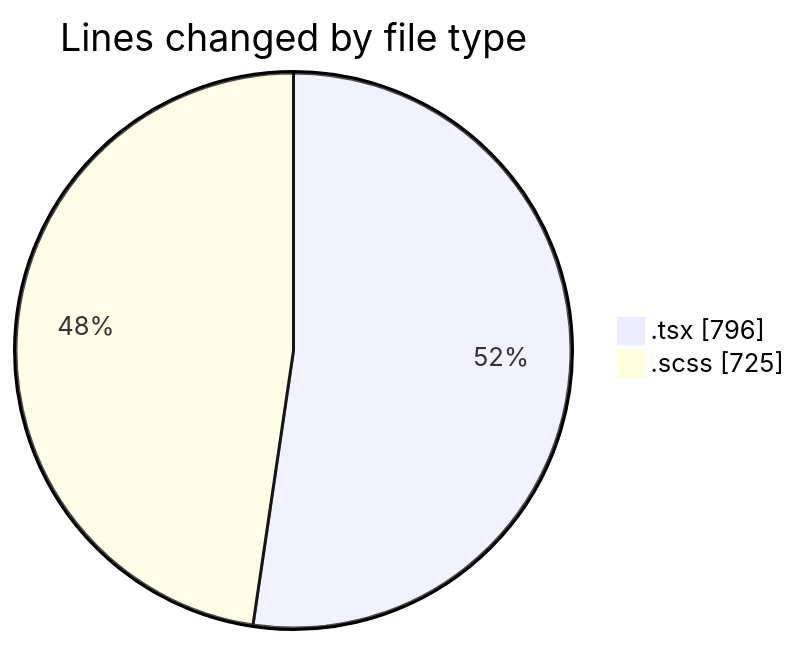
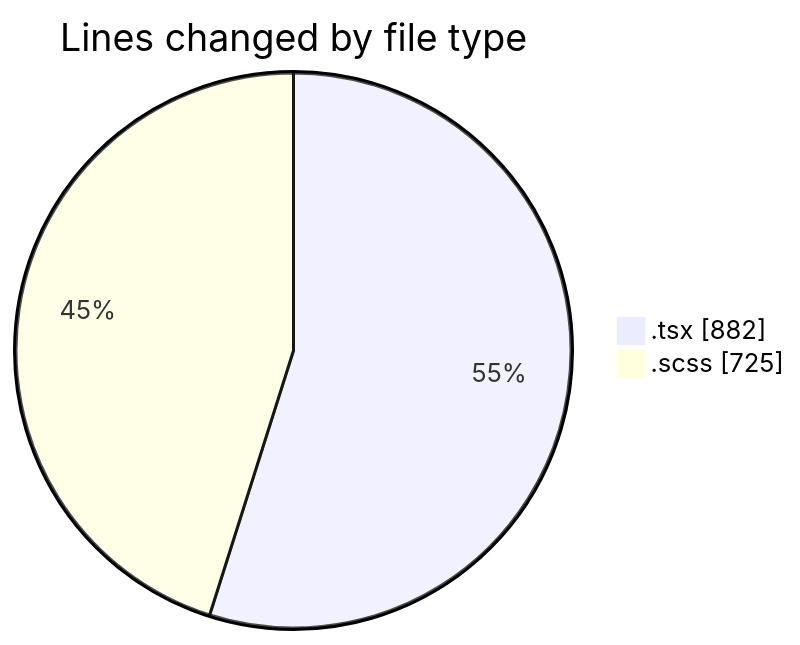
One commit to momahboobian/code-tracking changed the first of 2 diagrams in 2025-10-06/cda/README.md. Above: the diagram before and after it, drawn with Mermaid. The commit also changed other lines of this file and 1 other file, not shown here.

````diff
--- a/2025-10-06/cda/README.md
+++ b/2025-10-06/cda/README.md
@@ -24,6 +24,6 @@
 ```mermaid
 pie showData
 title Lines changed by file type
-".tsx" : 796
+".tsx" : 882
 ".scss" : 725
 ```
````
